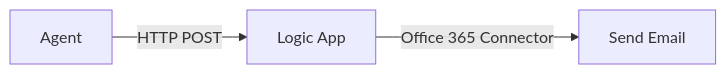
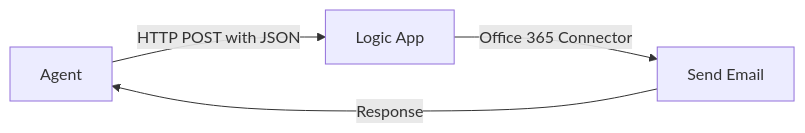
The diagram in lab-5-email-logic-app.md (LauraVerghote/Agentic-ai-with-foundry-workshop), drawn with Mermaid before and after one commit. The commit also changed other lines of this file and 48 other files, not shown here.

````diff
--- a/lab-5-email-logic-app.md
+++ b/lab-5-email-logic-app.md
@@ -35,5 +35,6 @@
 ```mermaid
 flowchart LR
-    A[Agent] -->|HTTP POST| B[Logic App]
+    A[Agent] -->|HTTP POST with JSON| B[Logic App]
     B -->|Office 365 Connector| C[Send Email]
+    C -->|Response| A
 ```
````
